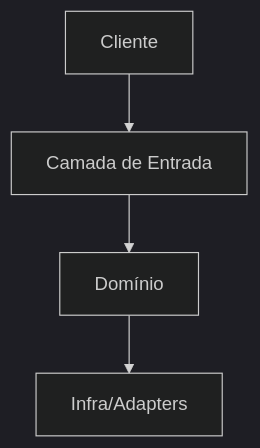
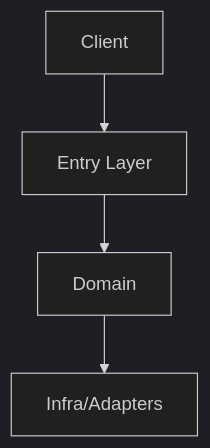
Before and after one commit to lucas-stellet/spw: the diagram in templates/user-templates/design-template.md, drawn with Mermaid (dark theme). The commit also changed other lines of this file and 35 other files, not shown here.

````diff
--- a/templates/user-templates/design-template.md
+++ b/templates/user-templates/design-template.md
@@ -41,6 +41,6 @@
 ```mermaid
 graph TD
-  Client[Cliente] --> API[Camada de Entrada]
-  API --> Domain[Domínio]
+  Client[Client] --> API[Entry Layer]
+  API --> Domain[Domain]
   Domain --> Infra[Infra/Adapters]
 ```
````
